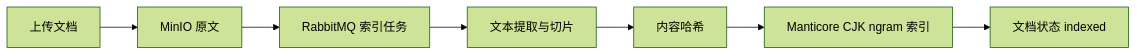
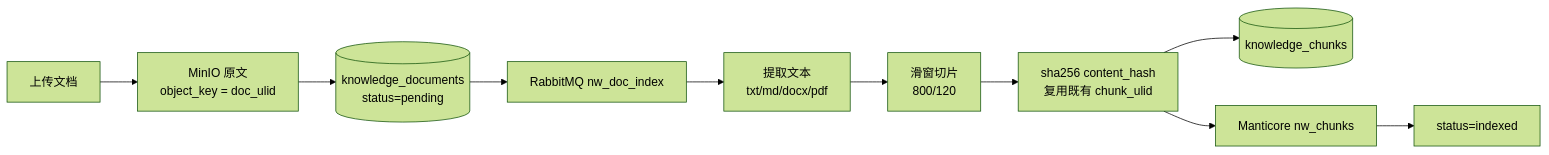
One commit to 2132691342/NovelWorkbench changed the diagram in doc/ai.md. Above: the diagram before and after it, drawn with Mermaid (forest theme). The commit also changed other lines of this file and 58 other files, not shown here.

````diff
--- a/doc/ai.md
+++ b/doc/ai.md
@@ -113,9 +281,12 @@
 ```mermaid
 flowchart LR
-  U[上传文档] --> M[MinIO 原文]
-  M --> J[RabbitMQ 索引任务]
-  J --> C[文本提取与切片]
-  C --> H[内容哈希]
-  H --> I[Manticore CJK ngram 索引]
-  I --> D[文档状态 indexed]
+  U[上传文档] --> M[MinIO 原文<br/>object_key = doc_ulid]
+  M --> D[(knowledge_documents<br/>status=pending)]
+  D --> Q[RabbitMQ nw_doc_index]
+  Q --> X[提取文本<br/>txt/md/docx/pdf]
+  X --> S[滑窗切片<br/>800/120]
+  S --> H[sha256 content_hash<br/>复用既有 chunk_ulid]
+  H --> P[(knowledge_chunks)]
+  H --> MC[Manticore nw_chunks]
+  MC --> I[status=indexed]
 ```
````
